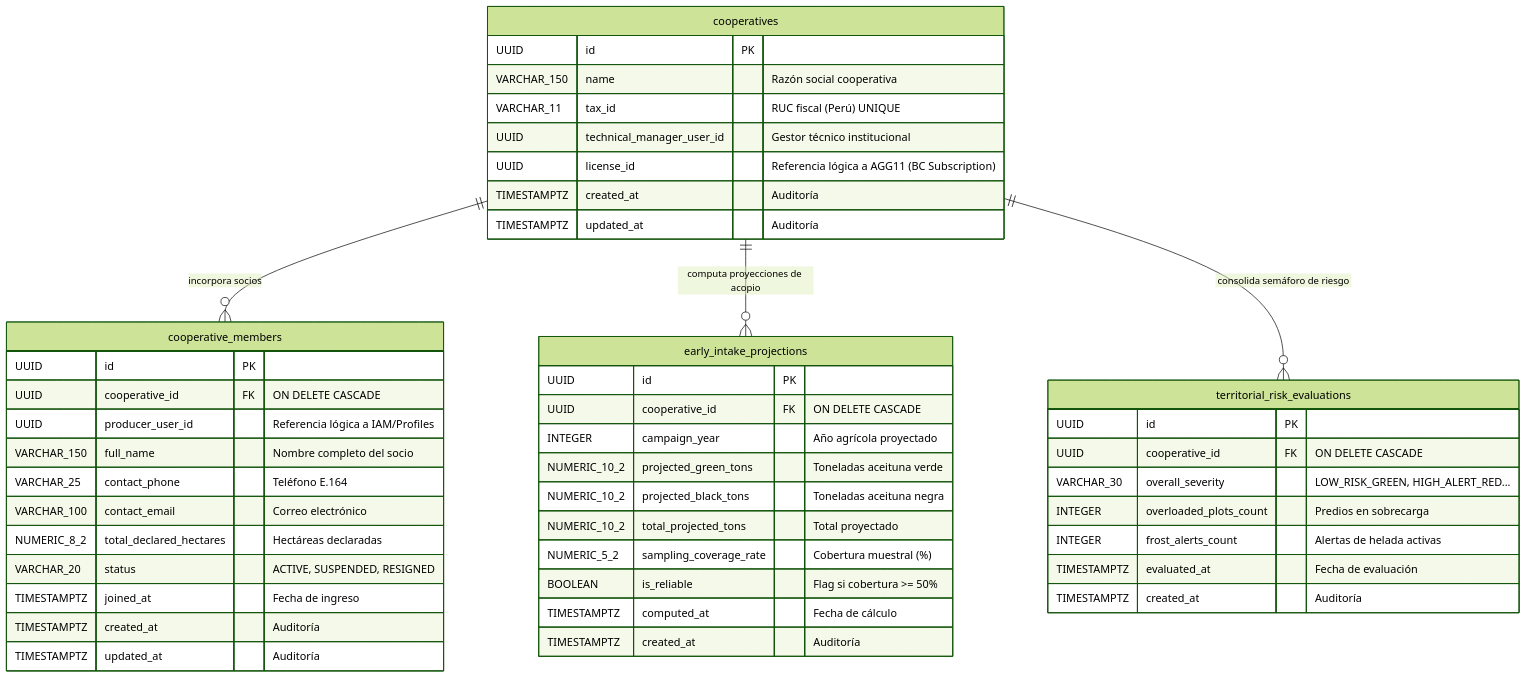
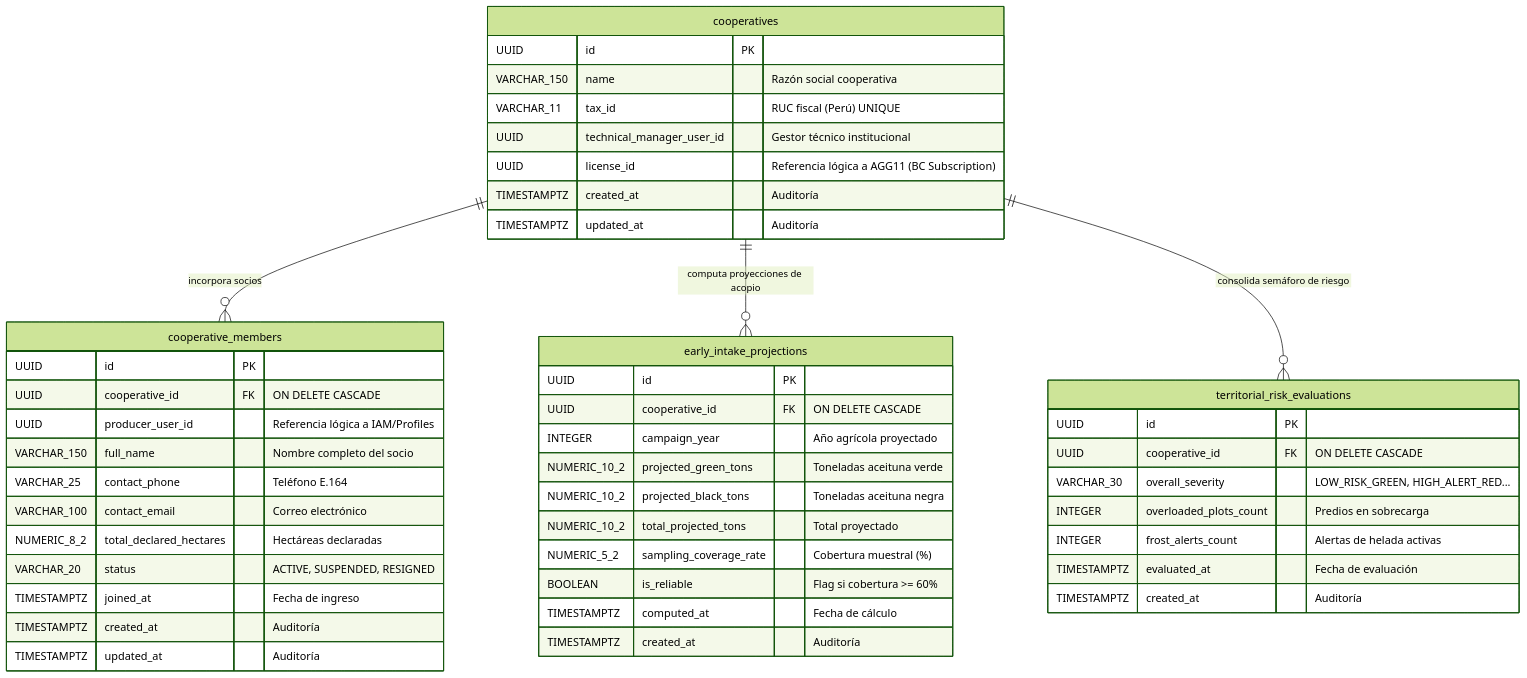
The third of 5 diagrams in docs/tactical-ddd/cooperative-operations-tactical-ddd.md (upc-pre-1acc0238-2620-4951-arcadiadevs/viora-report), drawn with Mermaid (forest theme) before and after one commit. The commit also changed other lines of this file and 7 other files, not shown here.

````diff
--- a/docs/tactical-ddd/cooperative-operations-tactical-ddd.md
+++ b/docs/tactical-ddd/cooperative-operations-tactical-ddd.md
@@ -575,54 +603,54 @@
 ```mermaid
 erDiagram
     cooperatives {
         UUID id PK
         VARCHAR_150 name "Razón social cooperativa"
         VARCHAR_11 tax_id "RUC fiscal (Perú) UNIQUE"
         UUID technical_manager_user_id "Gestor técnico institucional"
         UUID license_id "Referencia lógica a AGG11 (BC Subscription)"
 
         TIMESTAMPTZ created_at "Auditoría"
         TIMESTAMPTZ updated_at "Auditoría"
     }
 
     cooperative_members {
         UUID id PK
         UUID cooperative_id FK "ON DELETE CASCADE"
         UUID producer_user_id "Referencia lógica a IAM/Profiles"
         VARCHAR_150 full_name "Nombre completo del socio"
         VARCHAR_25 contact_phone "Teléfono E.164"
         VARCHAR_100 contact_email "Correo electrónico"
         NUMERIC_8_2 total_declared_hectares "Hectáreas declaradas"
         VARCHAR_20 status "ACTIVE, SUSPENDED, RESIGNED"
         TIMESTAMPTZ joined_at "Fecha de ingreso"
         TIMESTAMPTZ created_at "Auditoría"
         TIMESTAMPTZ updated_at "Auditoría"
     }
 
     early_intake_projections {
         UUID id PK
         UUID cooperative_id FK "ON DELETE CASCADE"
         INTEGER campaign_year "Año agrícola proyectado"
         NUMERIC_10_2 projected_green_tons "Toneladas aceituna verde"
         NUMERIC_10_2 projected_black_tons "Toneladas aceituna negra"
         NUMERIC_10_2 total_projected_tons "Total proyectado"
         NUMERIC_5_2 sampling_coverage_rate "Cobertura muestral (%)"
-        BOOLEAN is_reliable "Flag si cobertura >= 50%"
+        BOOLEAN is_reliable "Flag si cobertura >= 60%"
         TIMESTAMPTZ computed_at "Fecha de cálculo"
         TIMESTAMPTZ created_at "Auditoría"
     }
 
     territorial_risk_evaluations {
         UUID id PK
         UUID cooperative_id FK "ON DELETE CASCADE"
         VARCHAR_30 overall_severity "LOW_RISK_GREEN, HIGH_ALERT_RED..."
         INTEGER overloaded_plots_count "Predios en sobrecarga"
         INTEGER frost_alerts_count "Alertas de helada activas"
         TIMESTAMPTZ evaluated_at "Fecha de evaluación"
         TIMESTAMPTZ created_at "Auditoría"
     }
 
     cooperatives ||--o{ cooperative_members : "incorpora socios"
     cooperatives ||--o{ early_intake_projections : "computa proyecciones de acopio"
     cooperatives ||--o{ territorial_risk_evaluations : "consolida semáforo de riesgo"
 ```
````
